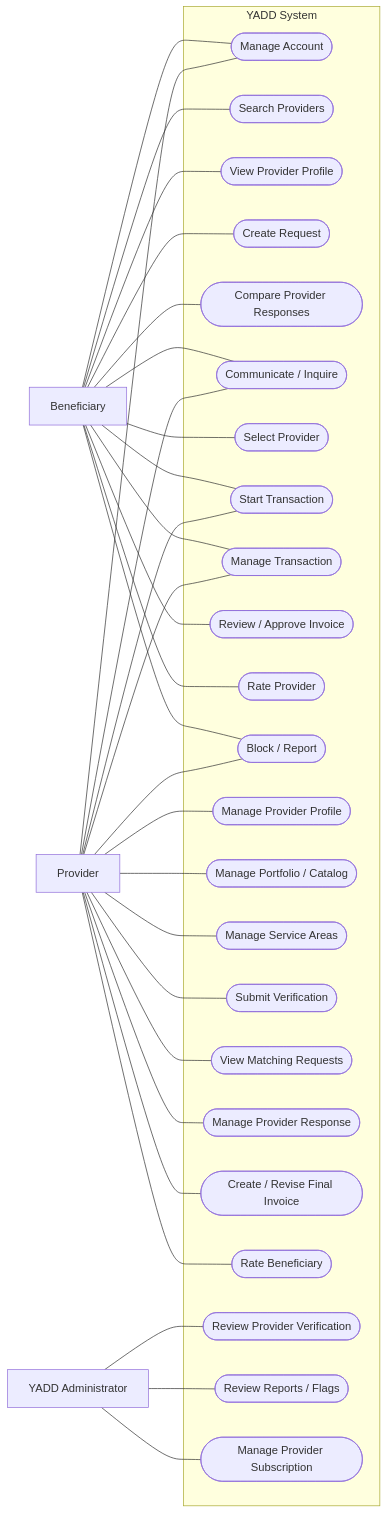
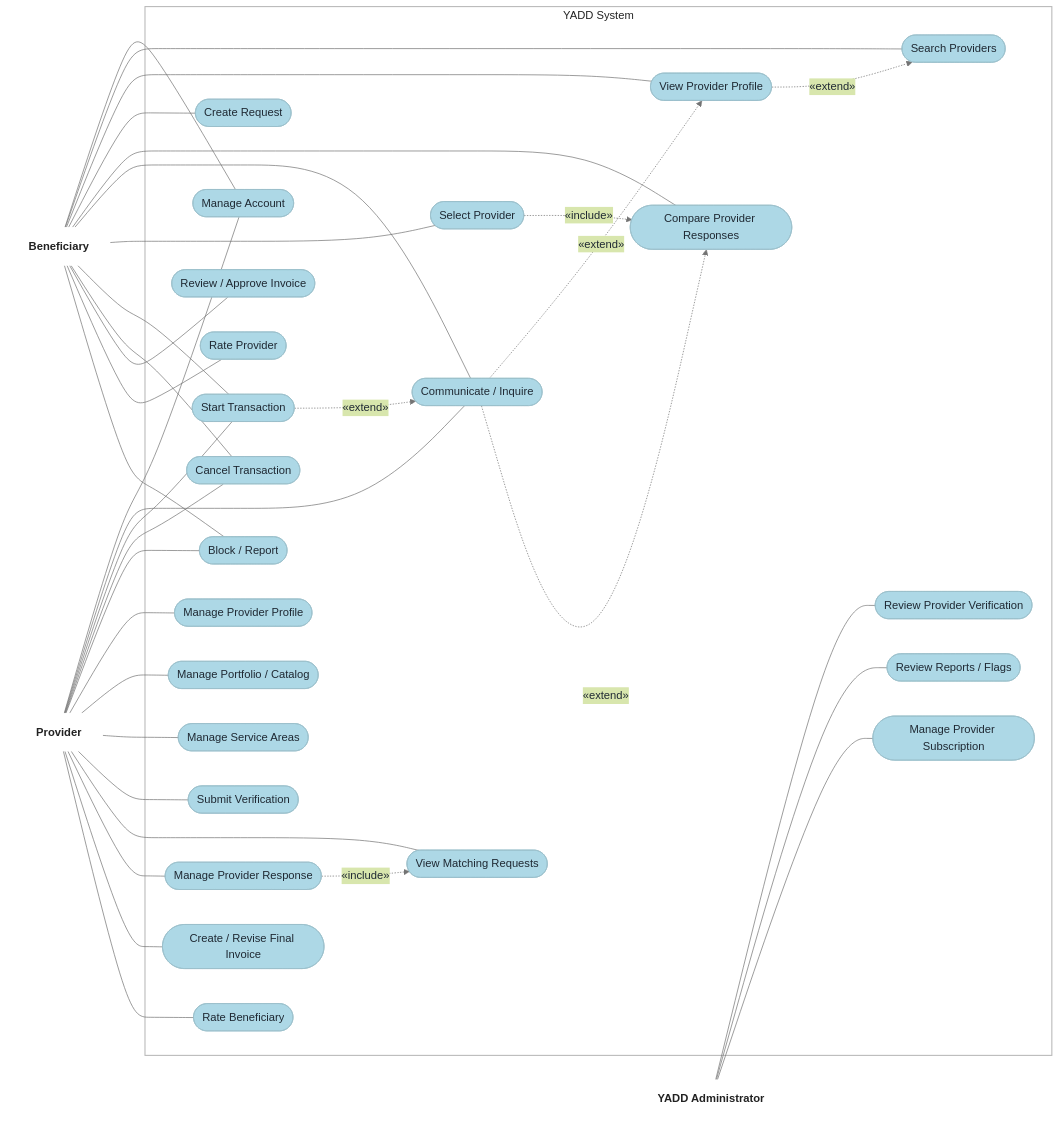
One commit to Yadd-SanaaUniversityGraduationProject/yadd changed the first of 5 diagrams in docs/03-analysis/10-UML.md. Above: the diagram before and after it, drawn with Mermaid. The commit also changed other lines of this file, not shown here.

Commit message:
docs(uml): add include/extend relations and reference styling

````diff
--- a/docs/03-analysis/10-UML.md
+++ b/docs/03-analysis/10-UML.md
@@ -31,65 +31,78 @@
 ```mermaid
+%%{init: {"theme":"base","themeVariables":{"background":"#FFFFFF","primaryColor":"#ADD8E6","primaryTextColor":"#1F2933","primaryBorderColor":"#9ABFCB","lineColor":"#737373","clusterBkg":"#FFFFFF","clusterBorder":"#B7B7B7","fontFamily":"Arial"}}}%%
 flowchart LR
-    B[Beneficiary]
-    P[Provider]
-    A[YADD Administrator]
+    B["Beneficiary"]:::actor
+    P["Provider"]:::actor
+    A["YADD Administrator"]:::actor
 
-    subgraph YADD[YADD System]
+    subgraph YADD["YADD System"]
         UC1([Manage Account])
         UC2([Search Providers])
         UC3([View Provider Profile])
         UC4([Create Request])
         UC5([Compare Provider Responses])
         UC6([Communicate / Inquire])
         UC7([Select Provider])
         UC8([Start Transaction])
-        UC9([Manage Transaction])
+        UC9([Cancel Transaction])
         UC10([Review / Approve Invoice])
         UC11([Rate Provider])
         UC12([Block / Report])
 
         UC13([Manage Provider Profile])
         UC14([Manage Portfolio / Catalog])
         UC15([Manage Service Areas])
         UC16([Submit Verification])
         UC17([View Matching Requests])
         UC18([Manage Provider Response])
         UC19([Create / Revise Final Invoice])
         UC20([Rate Beneficiary])
 
         UC21([Review Provider Verification])
         UC22([Review Reports / Flags])
         UC23([Manage Provider Subscription])
     end
 
     B --- UC1
     B --- UC2
     B --- UC3
     B --- UC4
     B --- UC5
     B --- UC6
     B --- UC7
     B --- UC8
     B --- UC9
     B --- UC10
     B --- UC11
     B --- UC12
 
     P --- UC1
     P --- UC6
     P --- UC8
     P --- UC9
     P --- UC12
     P --- UC13
     P --- UC14
     P --- UC15
     P --- UC16
     P --- UC17
     P --- UC18
     P --- UC19
     P --- UC20
 
     A --- UC21
     A --- UC22
     A --- UC23
+
+    UC3 -.->|«extend»| UC2
+    UC6 -.->|«extend»| UC3
+    UC6 -.->|«extend»| UC5
+    UC8 -.->|«extend»| UC6
+    UC7 -.->|«include»| UC5
+    UC18 -.->|«include»| UC17
+
+    classDef usecase fill:#ADD8E6,stroke:#9ABFCB,stroke-width:1px,color:#1F2933;
+    classDef actor fill:#FFFFFF,stroke:#FFFFFF,color:#222222,font-weight:bold;
+    class UC1,UC2,UC3,UC4,UC5,UC6,UC7,UC8,UC9,UC10,UC11,UC12,UC13,UC14,UC15,UC16,UC17,UC18,UC19,UC20,UC21,UC22,UC23 usecase;
+    style YADD fill:#FFFFFF,stroke:#B7B7B7,stroke-width:1.5px,color:#222222;
 ```
````
